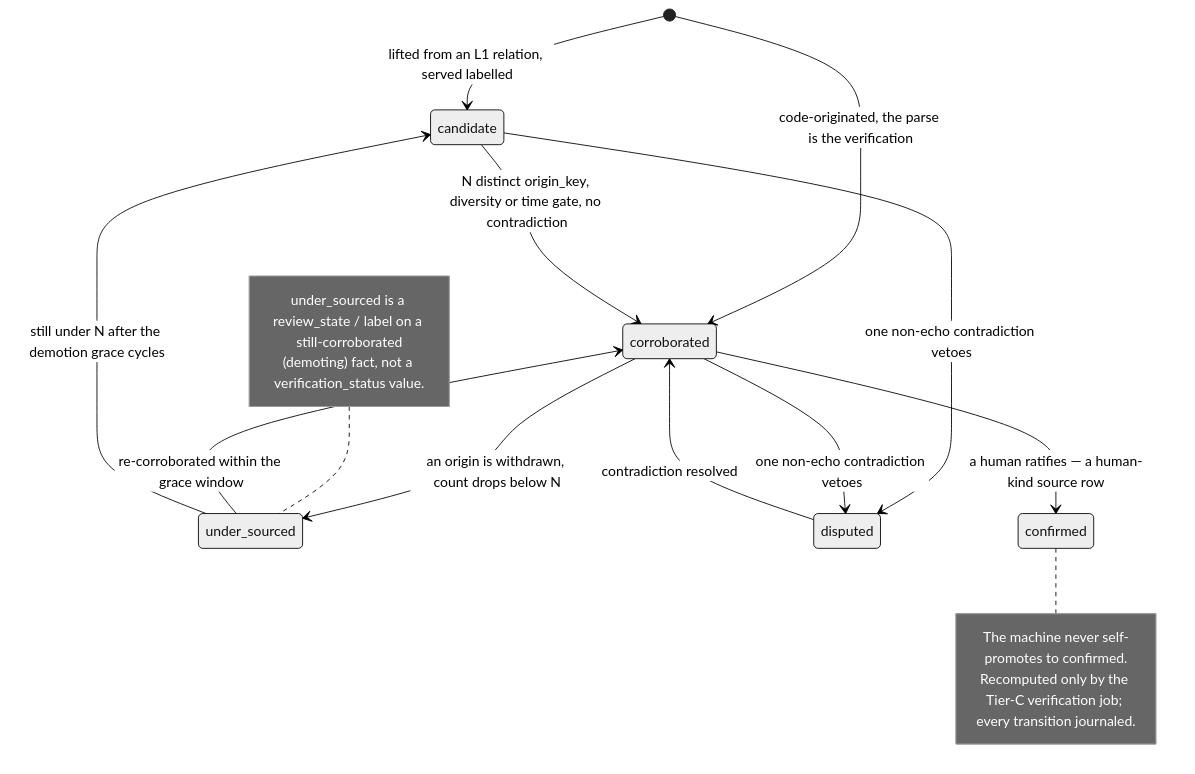
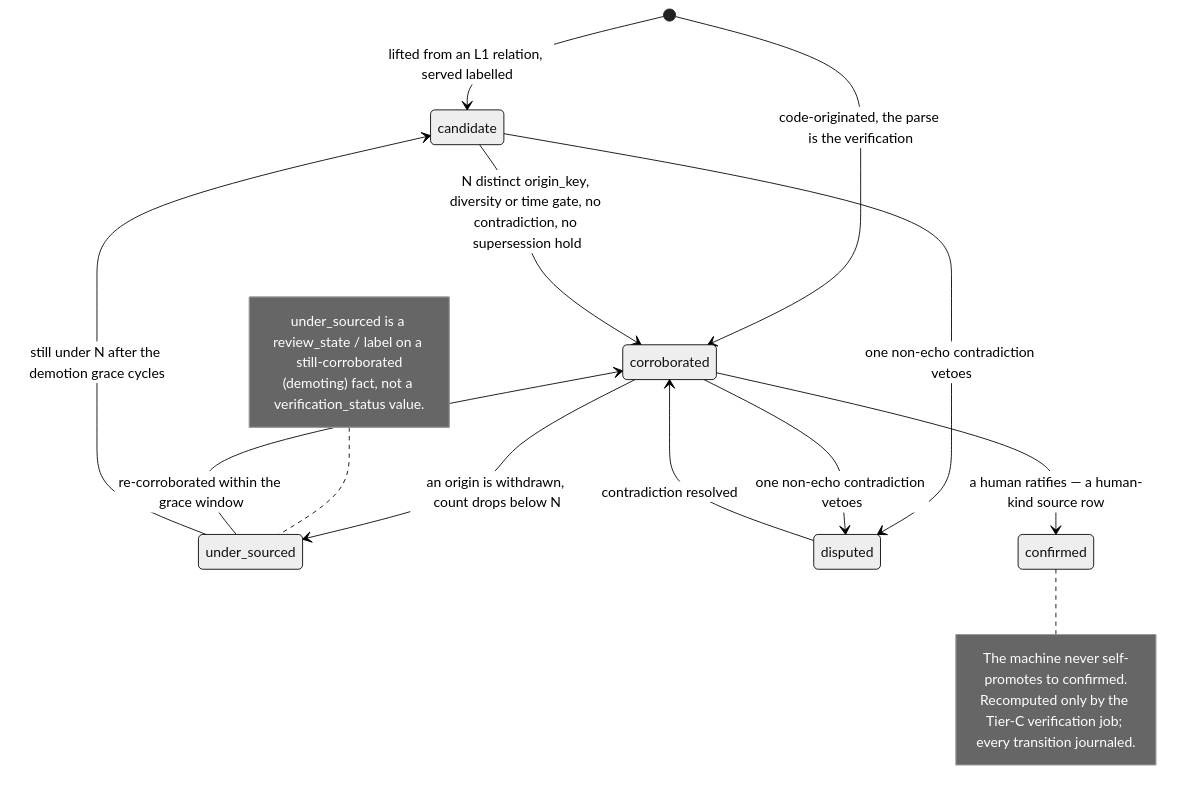
Before and after one commit to darkraise/darkmem: the seventh of 13 diagrams in docs/design/08-temporal-lifecycle-consolidation.md, drawn with Mermaid (neutral theme). The commit also changed other lines of this file and 6 other files, not shown here.

````diff
--- a/docs/design/08-temporal-lifecycle-consolidation.md
+++ b/docs/design/08-temporal-lifecycle-consolidation.md
@@ -188,21 +188,21 @@
 ```mermaid
 stateDiagram-v2
     [*] --> candidate : lifted from an L1 relation, served labelled
     [*] --> corroborated : code-originated, the parse is the verification
-    candidate --> corroborated : N distinct origin_key, diversity or time gate, no contradiction
+    candidate --> corroborated : N distinct origin_key, diversity or time gate, no contradiction, no supersession hold
     corroborated --> under_sourced : an origin is withdrawn, count drops below N
     under_sourced --> corroborated : re-corroborated within the grace window
     under_sourced --> candidate : still under N after the demotion grace cycles
     note left of under_sourced
         under_sourced is a review_state / label on a still-corroborated
         (demoting) fact, not a verification_status value.
     end note
     candidate --> disputed : one non-echo contradiction vetoes
     corroborated --> disputed : one non-echo contradiction vetoes
     disputed --> corroborated : contradiction resolved
     corroborated --> confirmed : a human ratifies — a human-kind source row
     note right of confirmed
         The machine never self-promotes to confirmed.
         Recomputed only by the Tier-C verification job; every transition journaled.
     end note
 ```
````
